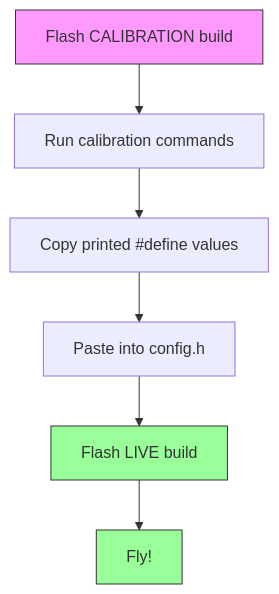
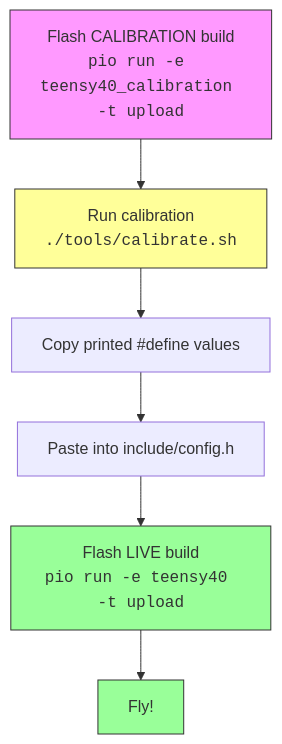
The diagram in flight_controller/README.md (gndpwnd/floppi), drawn with Mermaid before and after one commit. The commit also changed other lines of this file and 21 other files, not shown here.

````diff
--- a/flight_controller/README.md
+++ b/flight_controller/README.md
@@ -81,12 +81,13 @@
 ```mermaid
 flowchart TD
-    A[Flash CALIBRATION build] --> B[Run calibration commands]
-    B --> C[Copy printed #define values]
-    C --> D[Paste into config.h]
-    D --> E[Flash LIVE build]
-    E --> F[Fly!]
+    A["Flash CALIBRATION build<br/><code>pio run -e teensy40_calibration -t upload</code>"] --> B["Run calibration<br/><code>./tools/calibrate.sh</code>"]
+    B --> C["Copy printed #define values"]
+    C --> D["Paste into include/config.h"]
+    D --> E["Flash LIVE build<br/><code>pio run -e teensy40 -t upload</code>"]
+    E --> F["Fly!"]
 
     style A fill:#f9f,stroke:#333
+    style B fill:#ff9,stroke:#333
     style E fill:#9f9,stroke:#333
     style F fill:#9f9,stroke:#333
 ```
````
